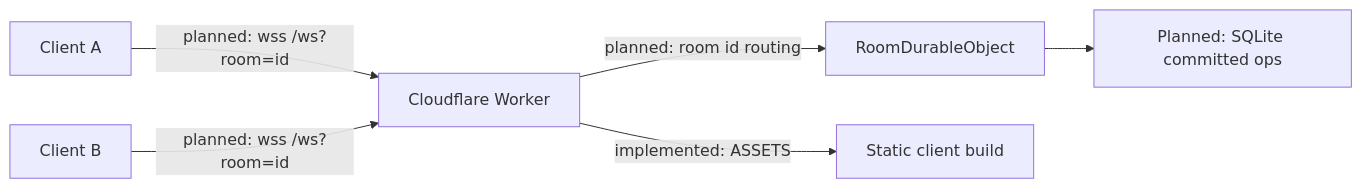
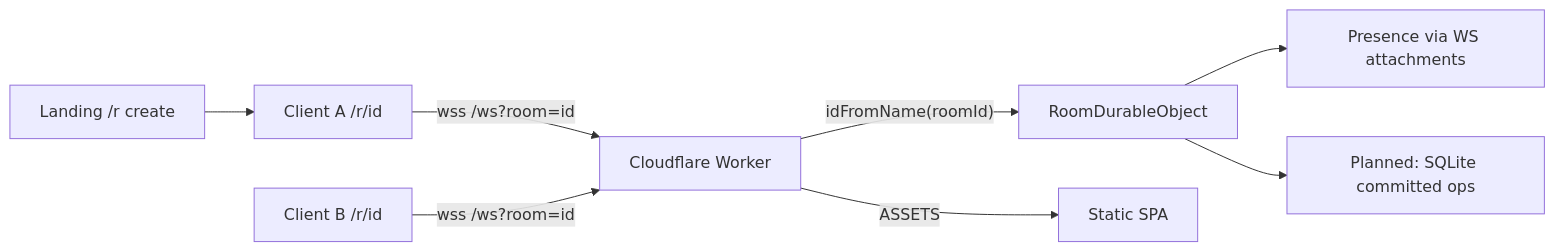
One commit to Venkat-Kolasani/Loomline changed the diagram in ARCHITECTURE.md. Above: the diagram before and after it, drawn with Mermaid. The commit also changed other lines of this file and 4 other files, not shown here.

Commit message:
docs: document room routing and presence

````diff
--- a/ARCHITECTURE.md
+++ b/ARCHITECTURE.md
@@ -11,8 +11,10 @@
 ```mermaid
 flowchart LR
-  C1["Client A"] -->|"planned: wss /ws?room=id"| W["Cloudflare Worker"]
-  C2["Client B"] -->|"planned: wss /ws?room=id"| W
-  W -->|"planned: room id routing"| R["RoomDurableObject"]
+  L["Landing /r create"] --> C1["Client A /r/id"]
+  C1 -->|"wss /ws?room=id"| W["Cloudflare Worker"]
+  C2["Client B /r/id"] -->|"wss /ws?room=id"| W
+  W -->|"idFromName(roomId)"| R["RoomDurableObject"]
+  R --> P["Presence via WS attachments"]
   R --> S["Planned: SQLite committed ops"]
-  W -->|"implemented: ASSETS"| A["Static client build"]
+  W -->|"ASSETS"| A["Static SPA"]
 ```
````
